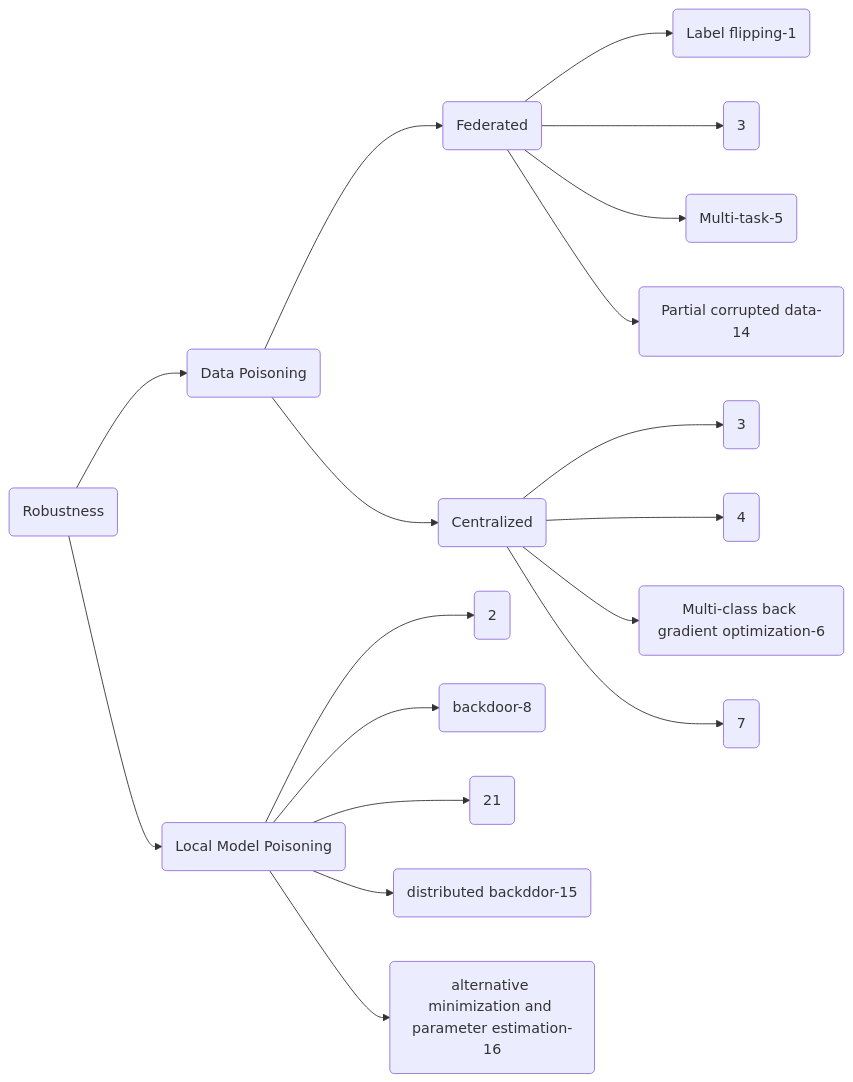
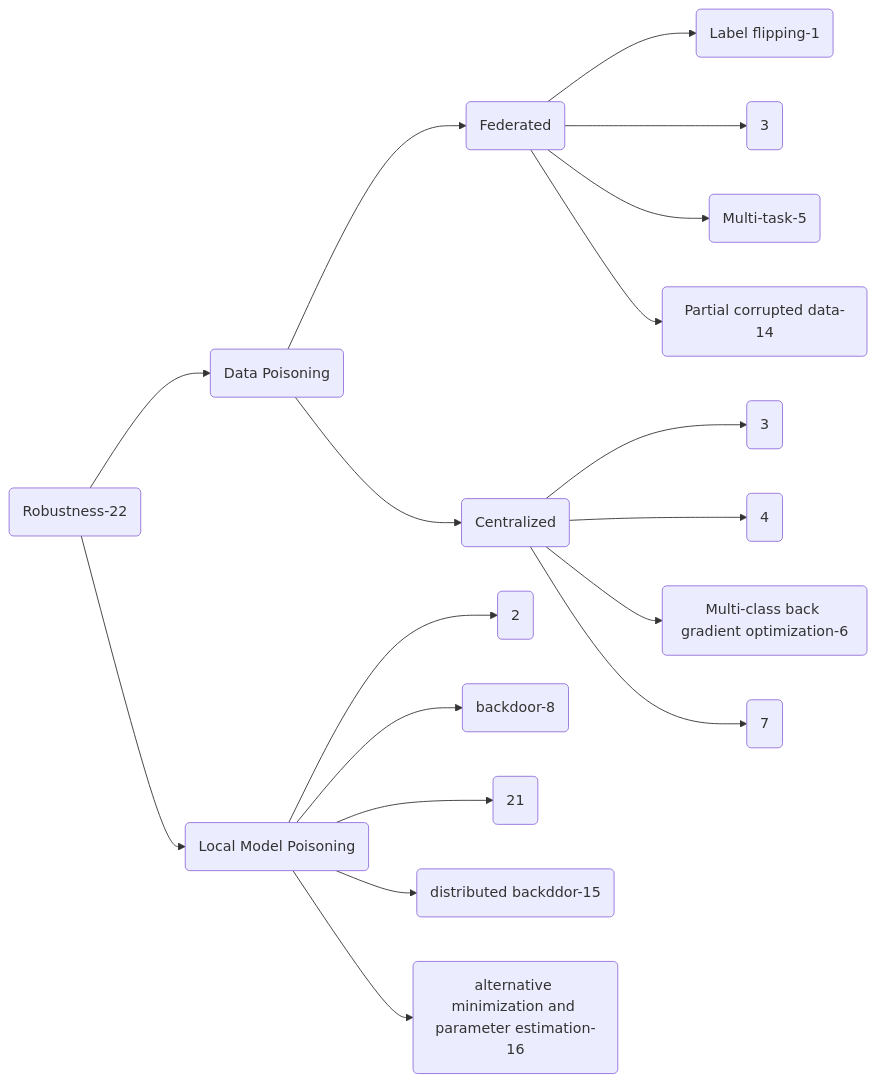
One commit to GillHuang-Xtler/flPapers changed the second of 4 diagrams in README.md. Above: the diagram before and after it, drawn with Mermaid. The commit also changed other lines of this file and 3 other files, not shown here.

````diff
--- a/README.md
+++ b/README.md
@@ -259,20 +259,20 @@
 ```mermaid
 graph LR
-A(Robustness)-->B1(Data Poisoning)
+A(Robustness-22)-->B1(Data Poisoning)
 A-->B2(Local Model Poisoning)
 B1-->C1(Federated)
 B1-->C2(Centralized)
 B2-->D1(2)
 B2-->D2(backdoor-8)
 B2-->D3(21)
 B2-->D4(distributed backddor-15)
 B2-->D5(alternative minimization and parameter estimation-16)
 C1-->G1(Label flipping-1)
 C1-->G2(3)
 C1-->G3(Multi-task-5)
 C1-->G4(Partial corrupted data-14)
 C2-->H1(3)
 C2-->H2(4)
 C2-->H3(Multi-class back gradient optimization-6)
 C2-->H4(7)
 ```
````
